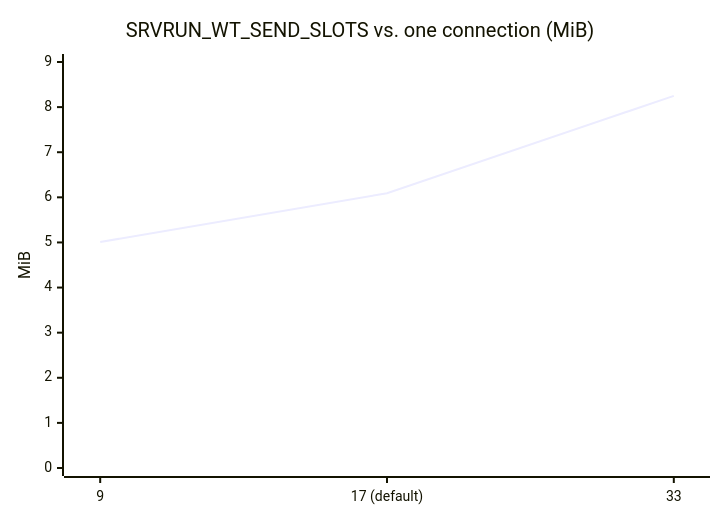
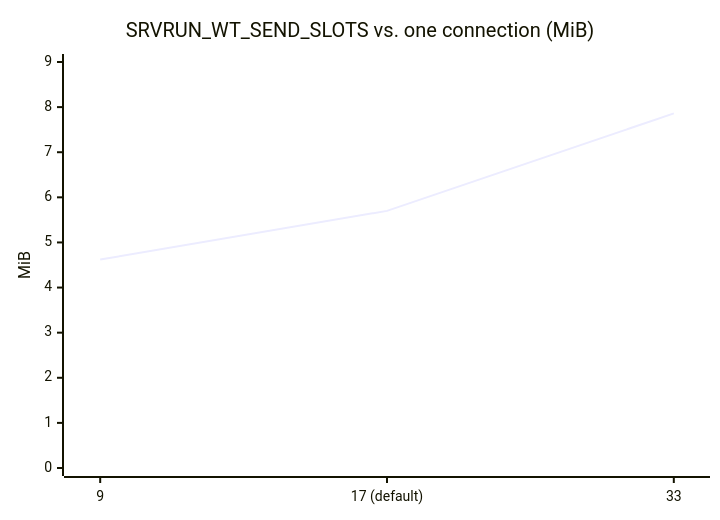
Before and after one commit to Hakkadaikon/wired: the fourth of 9 diagrams in docs/arch/memory.md, drawn with Mermaid. The commit also changed other lines of this file and 17 other files, not shown here.

````diff
--- a/docs/arch/memory.md
+++ b/docs/arch/memory.md
@@ -117,7 +123,7 @@
 ```mermaid
 xychart-beta
     title "SRVRUN_WT_SEND_SLOTS vs. one connection (MiB)"
     x-axis ["9", "17 (default)", "33"]
     y-axis "MiB" 0 --> 9
-    line [5.01, 6.09, 8.25]
+    line [4.62, 5.70, 7.86]
 ```
````
